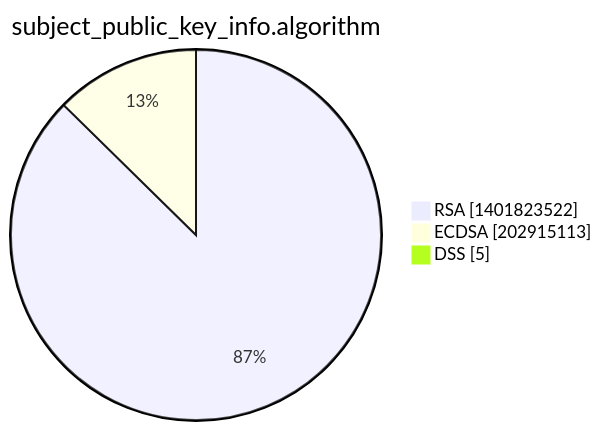
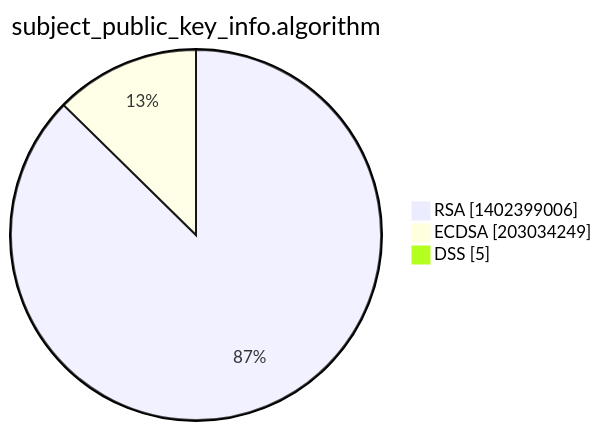
Before and after one commit to christiankrug/ctmonitor_visualization: the third of 15 diagrams in xenon2022/README.md, drawn with Mermaid. The commit also changed other lines of this file, not shown here.

````diff
--- a/xenon2022/README.md
+++ b/xenon2022/README.md
@@ -14,7 +14,7 @@
 ```mermaid
 pie showData
 title subject_public_key_info.algorithm
-"RSA" :1401823522
-"ECDSA" :202915113
+"RSA" :1402399006
+"ECDSA" :203034249
 "DSS" :5
 ```
````
